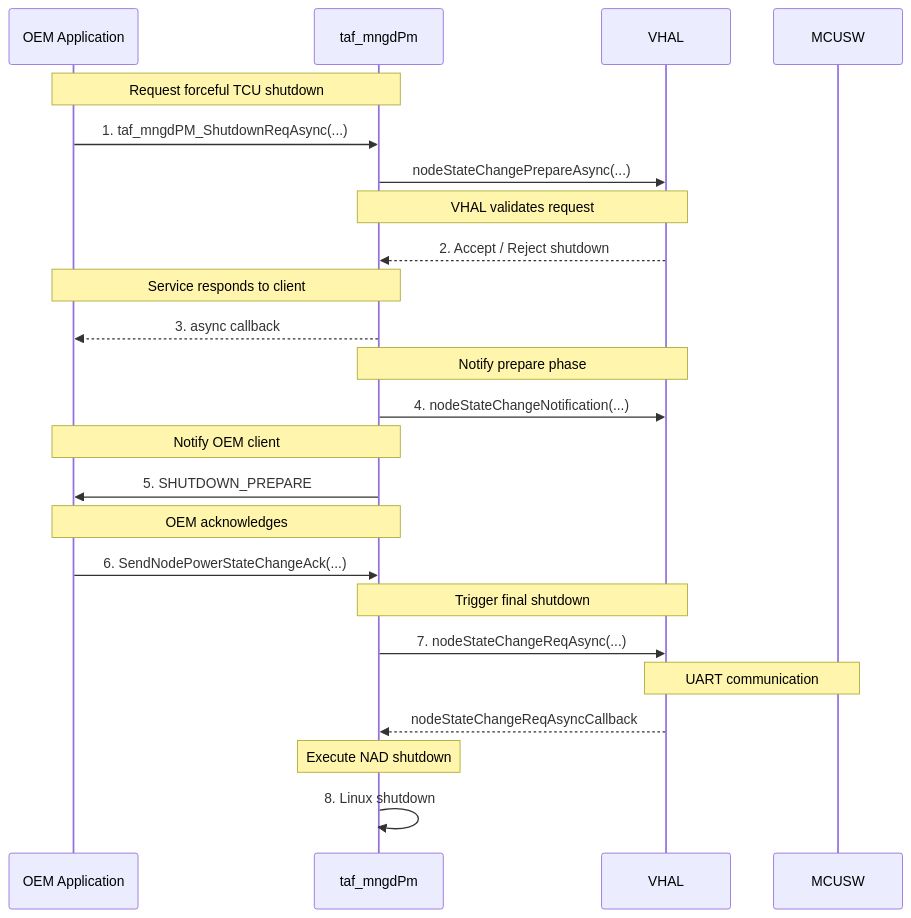
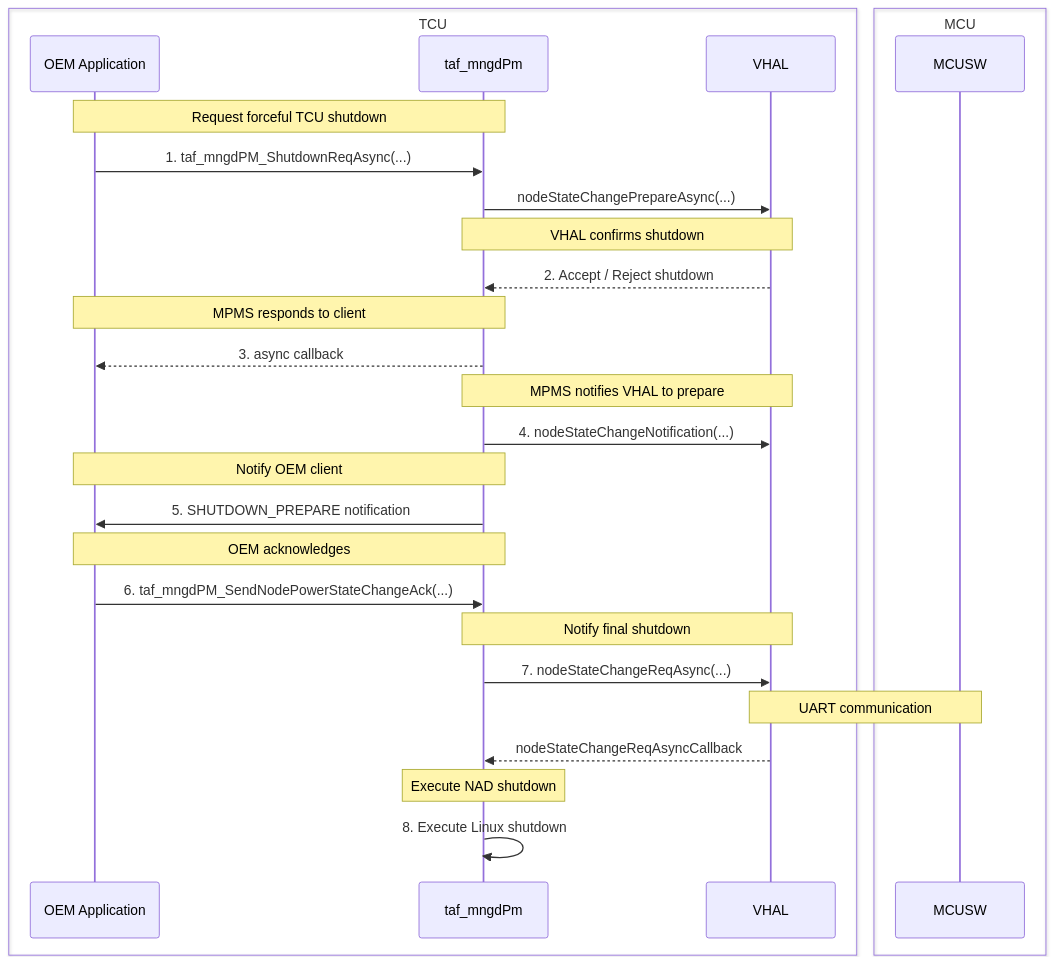
The diagram in doc/rst/mpms.rst (CodeLinaro-mirror/le_platform_TelAF), drawn with Mermaid before and after one commit. The commit also changed other lines of this file and 6 other files, not shown here.

Commit message:
doc: Add Mermaid call flow diagrams for managed services

```diff
--- a/doc/rst/mpms.rst
+++ b/doc/rst/mpms.rst
@@ -12,36 +10,42 @@
-.. mermaid::
+  .. mermaid::
 
-   sequenceDiagram
-       participant App as OEM Application
-       participant Svc as taf_mngdPm
-       participant VHAL as VHAL
-       participant MCUSW as MCUSW
+    sequenceDiagram
+        box TCU
+            participant App as OEM Application
+            participant Svc as taf_mngdPm
+            participant VHAL as VHAL
+        end
 
-       Note over App,Svc: Request forceful TCU shutdown
-       App->>Svc: 1. taf_mngdPM_ShutdownReqAsync(...)
-       Svc->>VHAL: nodeStateChangePrepareAsync(...)
+        box MCU
+            participant MCUSW as MCUSW
+        end
 
-       Note over Svc,VHAL: VHAL validates request
-       VHAL-->>Svc: 2. Accept / Reject shutdown
+        Note over App,Svc: Request forceful TCU shutdown
+        App->>Svc: 1. taf_mngdPM_ShutdownReqAsync(...)
+        Svc->>VHAL: nodeStateChangePrepareAsync(...)
 
-       Note over App,Svc: Service responds to client
-       Svc-->>App: 3. async callback
+        Note over Svc,VHAL: VHAL confirms shutdown
+        VHAL-->>Svc: 2. Accept / Reject shutdown
 
-       Note over Svc,VHAL: Notify prepare phase
-       Svc->>VHAL: 4. nodeStateChangeNotification(...)
+        Note over App,Svc: MPMS responds to client
+        Svc-->>App: 3. async callback
 
-       Note over App,Svc: Notify OEM client
-       Svc->>App: 5. SHUTDOWN_PREPARE
+        Note over Svc,VHAL: MPMS notifies VHAL to prepare
+        Svc->>VHAL: 4. nodeStateChangeNotification(...)
 
-       Note over App,Svc: OEM acknowledges
-       App->>Svc: 6. SendNodePowerStateChangeAck(...)
 
-       Note over Svc,VHAL: Trigger final shutdown
-       Svc->>VHAL: 7. nodeStateChangeReqAsync(...)
+        Note over App,Svc: Notify OEM client
+        Svc->>App: 5. SHUTDOWN_PREPARE notification
 
-       Note over VHAL,MCUSW: UART communication
+        Note over App,Svc: OEM acknowledges
+        App->>Svc: 6. taf_mngdPM_SendNodePowerStateChangeAck(...)
 
-       VHAL-->>Svc: nodeStateChangeReqAsyncCallback
+        Note over Svc,VHAL: Notify final shutdown
+        Svc->>VHAL: 7. nodeStateChangeReqAsync(...)
 
-       Note over Svc: Execute NAD shutdown
-       Svc->>Svc: 8. Linux shutdown
+        Note over VHAL,MCUSW: UART communication
+
+        VHAL-->>Svc: nodeStateChangeReqAsyncCallback
+
+        Note over Svc: Execute NAD shutdown
+        Svc->>Svc: 8. Execute Linux shutdown
```
